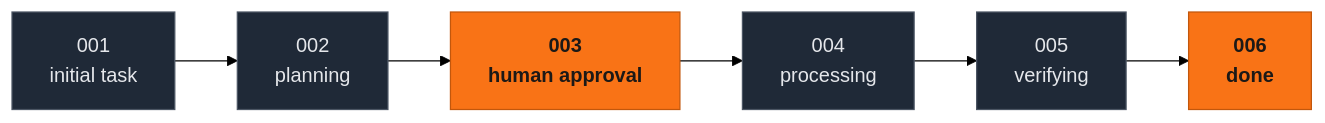
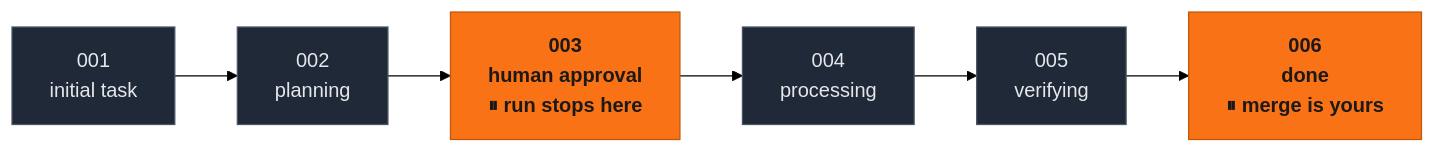
Before and after one commit to gabesan21/project-of-projects: the diagram in README.md, drawn with Mermaid (forest theme). The commit also changed other lines of this file and 33 other files, not shown here.

Commit message:
Run-to-human-gate workflow, subagent orchestration, context protocol, trigger links, DOX related contracts and stdlib Python CLIs

````diff
--- a/README.md
+++ b/README.md
@@ -43,12 +44,12 @@
 ```mermaid
 flowchart LR
     A["001<br/>initial task"] --> B["002<br/>planning"]
-    B --> C["003<br/>human approval"]
+    B --> C["003<br/>human approval<br/>⏸ run stops here"]
     C --> D["004<br/>processing"]
     D --> E["005<br/>verifying"]
-    E --> F["006<br/>done"]
+    E --> F["006<br/>done<br/>⏸ merge is yours"]
     classDef agent fill:#1f2937,stroke:#4b5563,color:#e5e7eb
     classDef human fill:#f97316,stroke:#c2570c,color:#1c1917,font-weight:bold
     class A,B,D,E agent
     class C,F human
 ```
````
